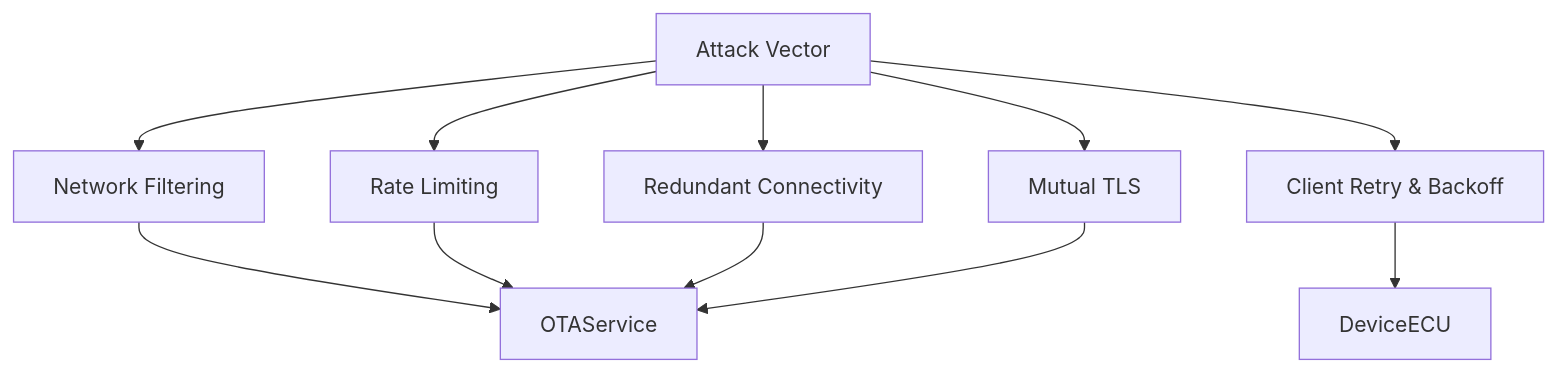
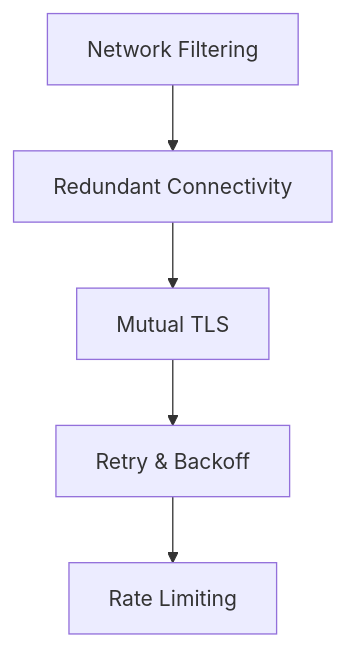
One commit to CagriCatik/Clarion changed the third of 3 diagrams in outputs/02_protection-dos_doc.md. Above: the diagram before and after it, drawn with Mermaid. The commit also changed other lines of this file and 9 other files, not shown here.

````diff
--- a/outputs/02_protection-dos_doc.md
+++ b/outputs/02_protection-dos_doc.md
@@ -54,13 +58,9 @@
 ```mermaid
 graph TD
-    AttackVector["Attack Vector"] --> NetworkFilter["Network Filtering"]
-    AttackVector --> RateLimiter["Rate Limiting"]
-    AttackVector --> RedundantPath["Redundant Connectivity"]
-    AttackVector --> MutualTLS["Mutual TLS"]
-    AttackVector --> ClientBackoff["Client Retry & Backoff"]
-    NetworkFilter --> OTAService
-    RateLimiter --> OTAService
-    RedundantPath --> OTAService
-    MutualTLS --> OTAService
-    ClientBackoff --> DeviceECU
+    NetworkFilters["Network Filtering"]
+    RedundantPaths["Redundant Connectivity"]
+    MutualTLS["Mutual TLS"]
+    RetryBackoff["Retry & Backoff"]
+    RateLimiting["Rate Limiting"]
+    NetworkFilters --> RedundantPaths --> MutualTLS --> RetryBackoff --> RateLimiting
 ```
````
